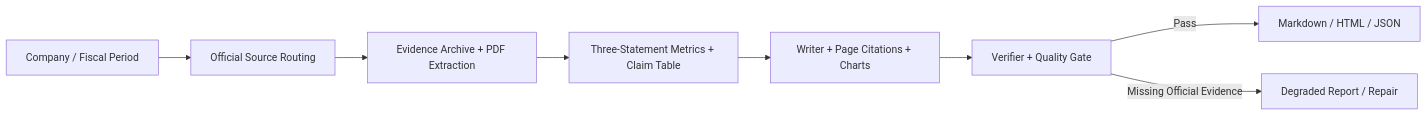
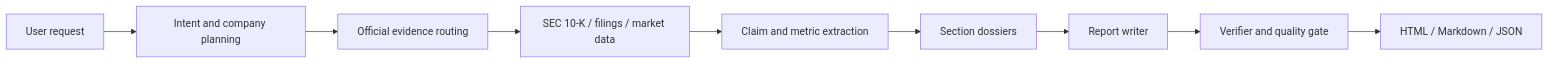
Before and after one commit to wara886/DeepReport-: the first of 2 diagrams in README.md, drawn with Mermaid. The commit also changed other lines of this file and 42 other files, not shown here.

````diff
--- a/README.md
+++ b/README.md
@@ -74,10 +52,11 @@
 ```mermaid
 flowchart LR
-    A[Company / Fiscal Period] --> B[Official Source Routing]
-    B --> C[Evidence Archive + PDF Extraction]
-    C --> D[Three-Statement Metrics + Claim Table]
-    D --> E[Writer + Page Citations + Charts]
-    E --> F[Verifier + Quality Gate]
-    F -->|Pass| G[Markdown / HTML / JSON]
-    F -->|Missing Official Evidence| H[Degraded Report / Repair]
+    U[User request] --> P[Intent and company planning]
+    P --> E[Official evidence routing]
+    E --> K[SEC 10-K / filings / market data]
+    K --> C[Claim and metric extraction]
+    C --> D[Section dossiers]
+    D --> W[Report writer]
+    W --> Q[Verifier and quality gate]
+    Q --> R[HTML / Markdown / JSON]
 ```
````
